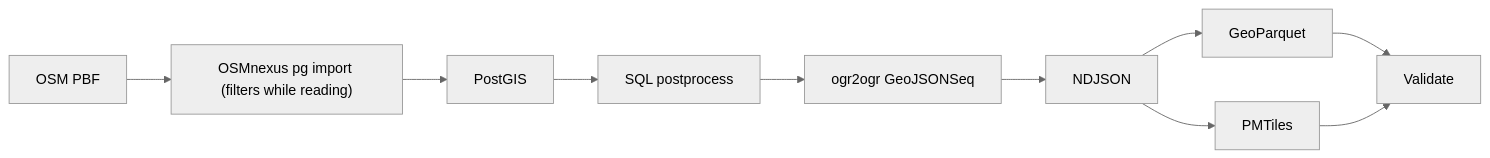
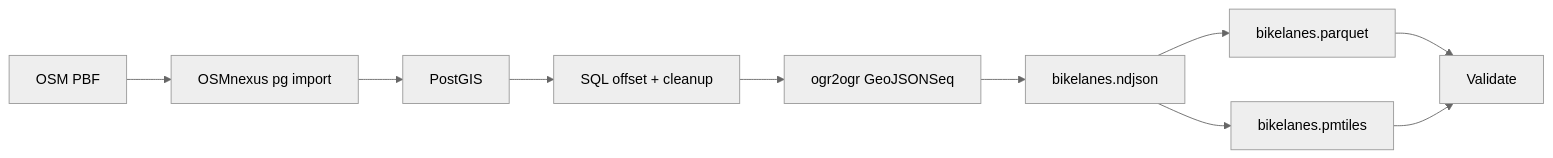
One commit to tordans/osm-processing-pipeline-comparison changed the fourth of 4 diagrams in results/summary.md. Above: the diagram before and after it, drawn with Mermaid (neutral theme). The commit also changed other lines of this file, not shown here.

First line of the commit message:
results: first Berlin run of the roads-bikelanes benchmark

````diff
--- a/results/summary.md
+++ b/results/summary.md
@@ -247,19 +128,19 @@
 ```mermaid
 flowchart LR
   inputPbf["OSM PBF"]
-  osmnexusPg["OSMnexus pg import (filters while reading)"]
+  osmnexusPg["OSMnexus pg import"]
   postgis["PostGIS"]
-  sqlPost["SQL postprocess"]
+  sqlPost["SQL offset + cleanup"]
   ogrNdjson["ogr2ogr GeoJSONSeq"]
-  ndjson["NDJSON"]
-  geoParquet["GeoParquet"]
-  pmtiles["PMTiles"]
+  ndjson["bikelanes.ndjson"]
+  geoParquet["bikelanes.parquet"]
+  pmtiles["bikelanes.pmtiles"]
   validate["Validate"]
 
   inputPbf --> osmnexusPg --> postgis
   postgis --> sqlPost --> ogrNdjson --> ndjson
   ndjson --> geoParquet
   ndjson --> pmtiles
   geoParquet --> validate
   pmtiles --> validate
 ```
````
